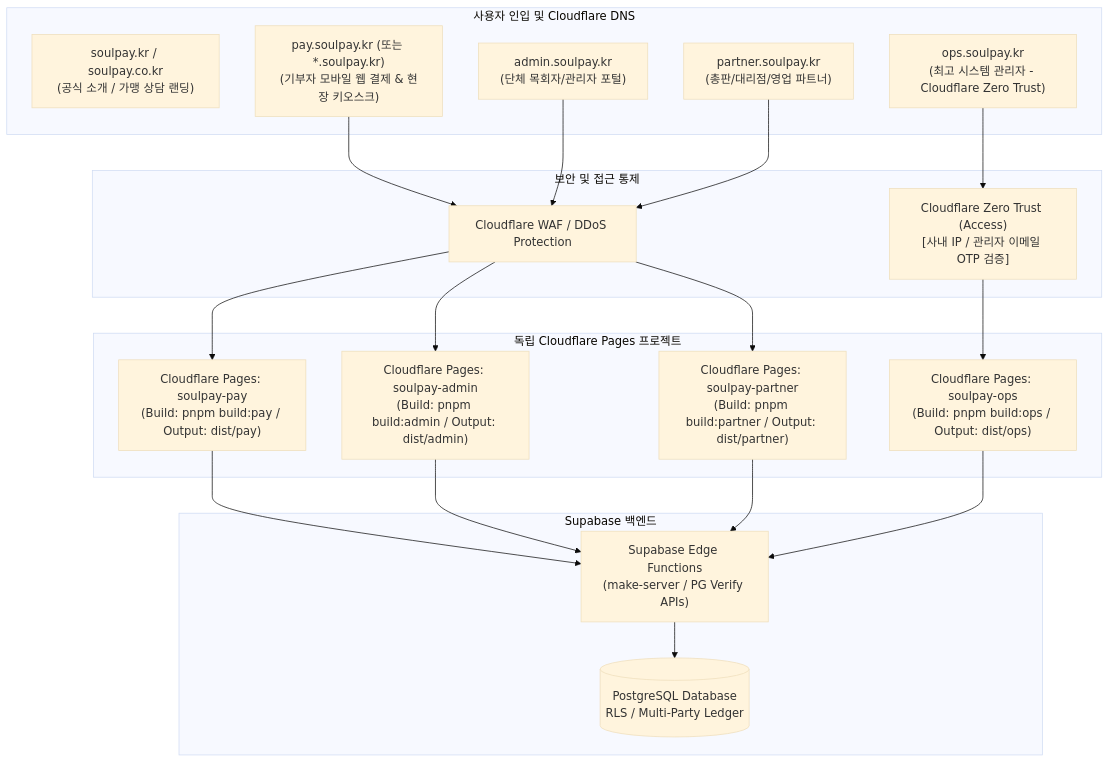
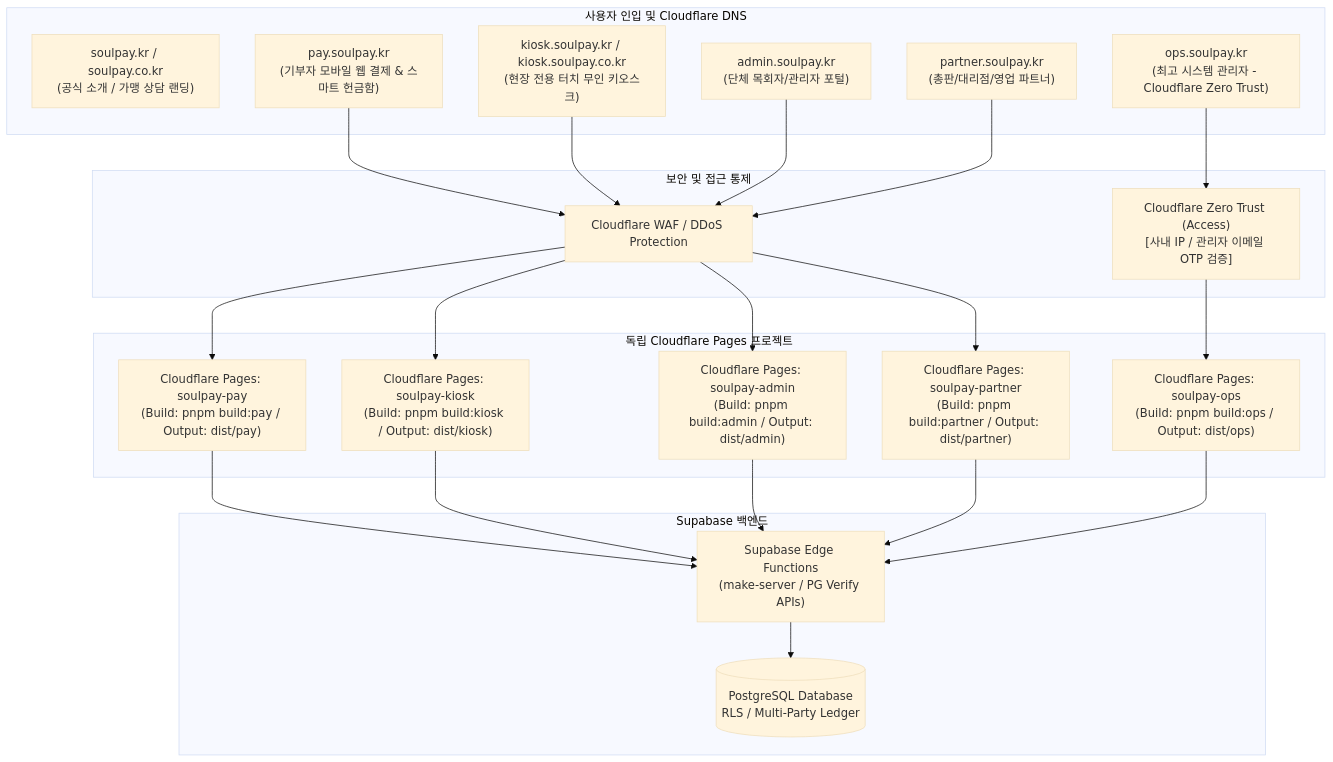
Before and after one commit to ggumja/faithpay: the diagram in SoulPay SaaS Platform/DOMAIN_PIPELINE_SEPARATION_PLAN.md, drawn with Mermaid (base theme). The commit also changed other lines of this file and 14 other files, not shown here.

````diff
--- a/SoulPay SaaS Platform/DOMAIN_PIPELINE_SEPARATION_PLAN.md
+++ b/SoulPay SaaS Platform/DOMAIN_PIPELINE_SEPARATION_PLAN.md
@@ -32,39 +32,43 @@
 ```mermaid
 graph TD
     subgraph Users & DNS [사용자 인입 및 Cloudflare DNS]
         D_ROOT["soulpay.kr / soulpay.co.kr<br/>(공식 소개 / 가맹 상담 랜딩)"]
-        D_PAY["pay.soulpay.kr (또는 *.soulpay.kr)<br/>(기부자 모바일 웹 결제 & 현장 키오스크)"]
+        D_PAY["pay.soulpay.kr<br/>(기부자 모바일 웹 결제 & 스마트 헌금함)"]
+        D_KIOSK["kiosk.soulpay.kr / kiosk.soulpay.co.kr<br/>(현장 전용 터치 무인 키오스크)"]
         D_ADMIN["admin.soulpay.kr<br/>(단체 목회자/관리자 포털)"]
         D_PARTNER["partner.soulpay.kr<br/>(총판/대리점/영업 파트너)"]
         D_OPS["ops.soulpay.kr<br/>(최고 시스템 관리자 - Cloudflare Zero Trust)"]
     end
 
     subgraph Cloudflare Pages [독립 Cloudflare Pages 프로젝트]
         P_PAY["Cloudflare Pages: soulpay-pay<br/>(Build: pnpm build:pay / Output: dist/pay)"]
+        P_KIOSK["Cloudflare Pages: soulpay-kiosk<br/>(Build: pnpm build:kiosk / Output: dist/kiosk)"]
         P_ADMIN["Cloudflare Pages: soulpay-admin<br/>(Build: pnpm build:admin / Output: dist/admin)"]
         P_PARTNER["Cloudflare Pages: soulpay-partner<br/>(Build: pnpm build:partner / Output: dist/partner)"]
         P_OPS["Cloudflare Pages: soulpay-ops<br/>(Build: pnpm build:ops / Output: dist/ops)"]
     end
 
     subgraph Security Layer [보안 및 접근 통제]
         WAF["Cloudflare WAF / DDoS Protection"]
         ZT["Cloudflare Zero Trust (Access)<br/>[사내 IP / 관리자 이메일 OTP 검증]"]
     end
 
     subgraph Backend Core [Supabase 백엔드]
         API["Supabase Edge Functions<br/>(make-server / PG Verify APIs)"]
         DB[(PostgreSQL Database<br/>RLS / Multi-Party Ledger)]
     end
 
     D_PAY --> WAF --> P_PAY
+    D_KIOSK --> WAF --> P_KIOSK
     D_ADMIN --> WAF --> P_ADMIN
     D_PARTNER --> WAF --> P_PARTNER
     D_OPS --> ZT --> P_OPS
 
     P_PAY --> API
+    P_KIOSK --> API
     P_ADMIN --> API
     P_PARTNER --> API
     P_OPS --> API
 
     API --> DB
 ```
````
